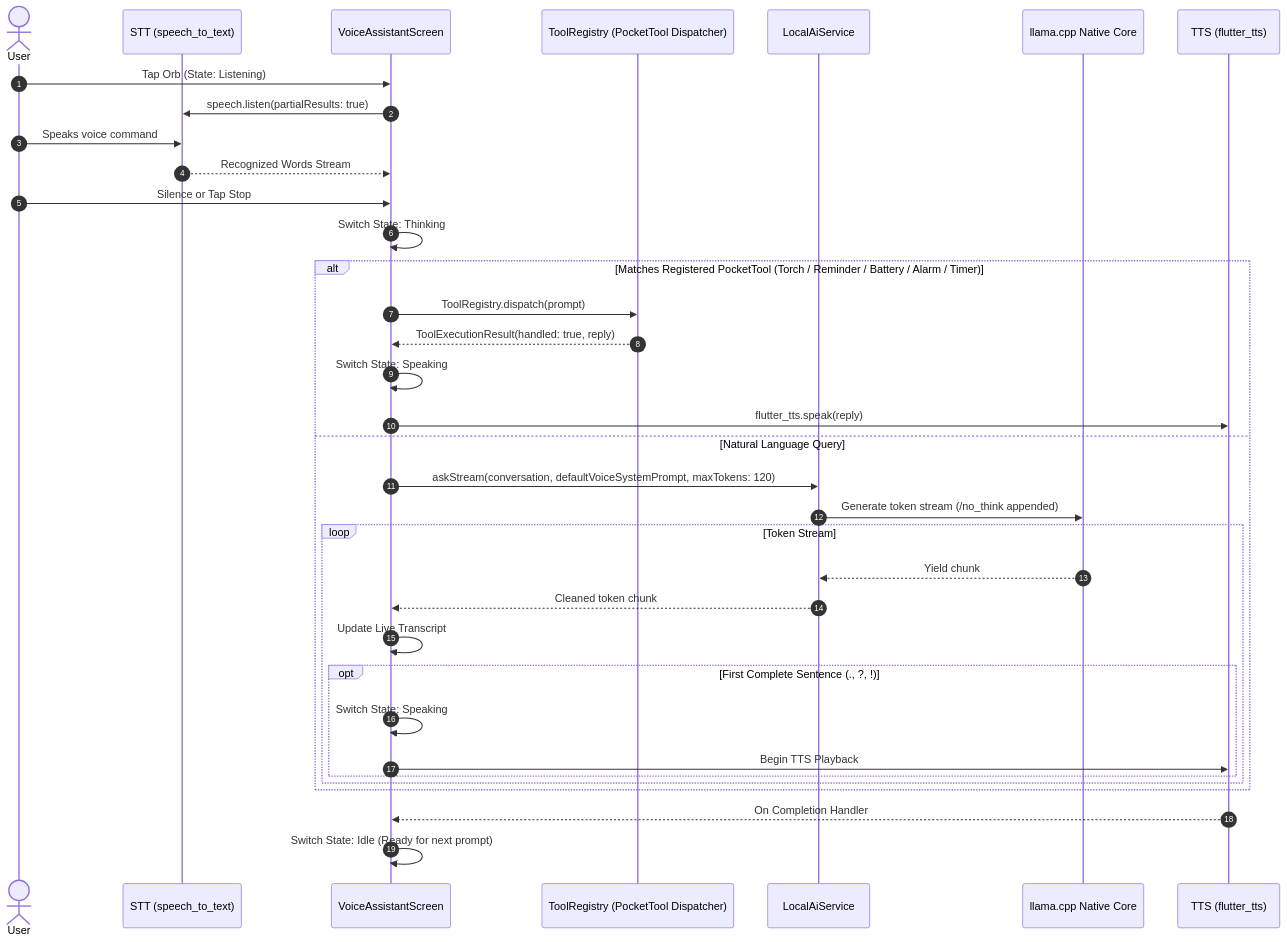
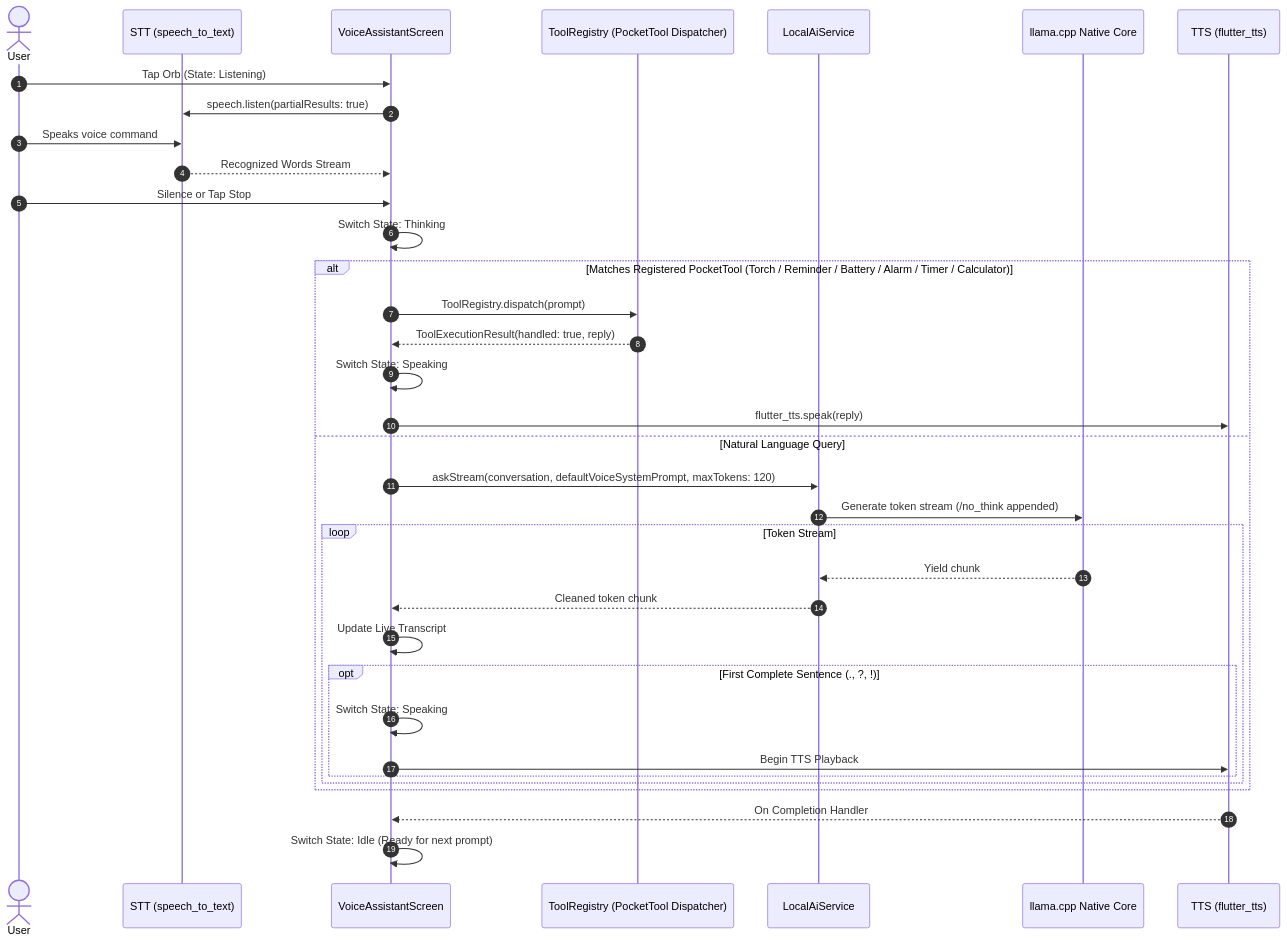
One commit to SubramanyaKS/PocketAI changed the fourth of 5 diagrams in docs/architecture.md. Above: the diagram before and after it, drawn with Mermaid. The commit also changed other lines of this file and 6 other files, not shown here.

Commit message:
added calculator tool

````diff
--- a/docs/architecture.md
+++ b/docs/architecture.md
@@ -187,41 +194,41 @@
 ```mermaid
 sequenceDiagram
     autonumber
     actor User
     participant Mic as STT (speech_to_text)
     participant VoiceUI as VoiceAssistantScreen
     participant Registry as ToolRegistry (PocketTool Dispatcher)
     participant AI as LocalAiService
     participant Engine as llama.cpp Native Core
     participant Speaker as TTS (flutter_tts)
 
     User->>VoiceUI: Tap Orb (State: Listening)
     VoiceUI->>Mic: speech.listen(partialResults: true)
     User->>Mic: Speaks voice command
     Mic-->>VoiceUI: Recognized Words Stream
     User->>VoiceUI: Silence or Tap Stop
     
     VoiceUI->>VoiceUI: Switch State: Thinking
     
-    alt Matches Registered PocketTool (Torch / Reminder / Battery / Alarm / Timer)
+    alt Matches Registered PocketTool (Torch / Reminder / Battery / Alarm / Timer / Calculator)
         VoiceUI->>Registry: ToolRegistry.dispatch(prompt)
         Registry-->>VoiceUI: ToolExecutionResult(handled: true, reply)
         VoiceUI->>VoiceUI: Switch State: Speaking
         VoiceUI->>Speaker: flutter_tts.speak(reply)
     else Natural Language Query
         VoiceUI->>AI: askStream(conversation, defaultVoiceSystemPrompt, maxTokens: 120)
         AI->>Engine: Generate token stream (/no_think appended)
         loop Token Stream
             Engine-->>AI: Yield chunk
             AI-->>VoiceUI: Cleaned token chunk
             VoiceUI->>VoiceUI: Update Live Transcript
             opt First Complete Sentence (., ?, !)
                 VoiceUI->>VoiceUI: Switch State: Speaking
                 VoiceUI->>Speaker: Begin TTS Playback
             end
         end
     end
 
     Speaker-->>VoiceUI: On Completion Handler
     VoiceUI->>VoiceUI: Switch State: Idle (Ready for next prompt)
 ```
````
